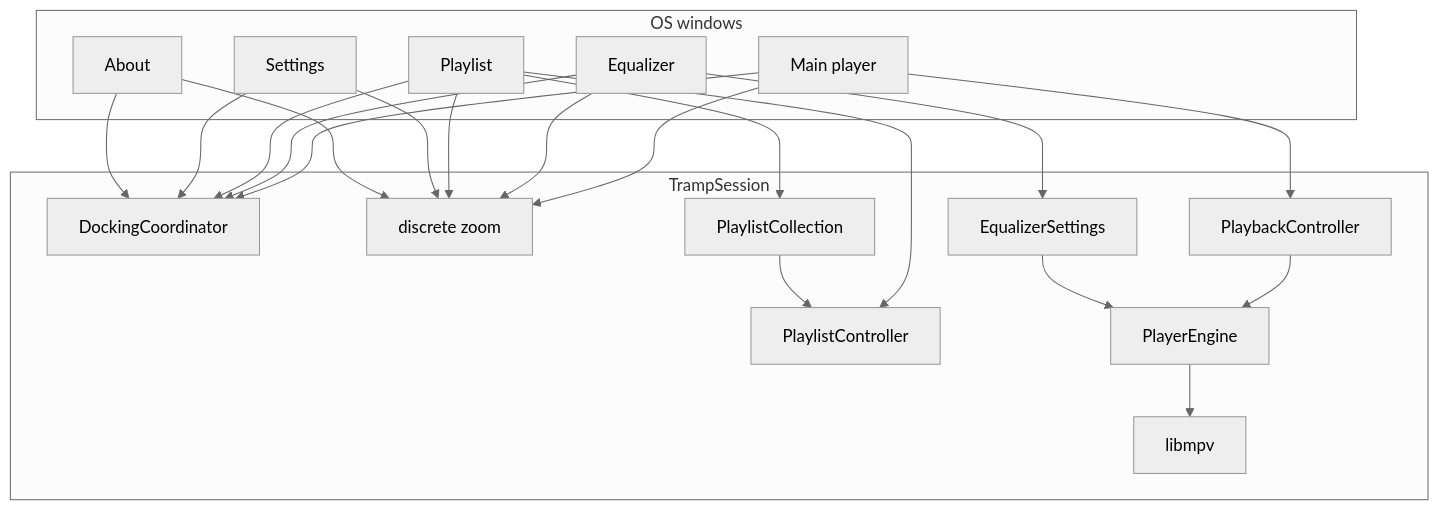
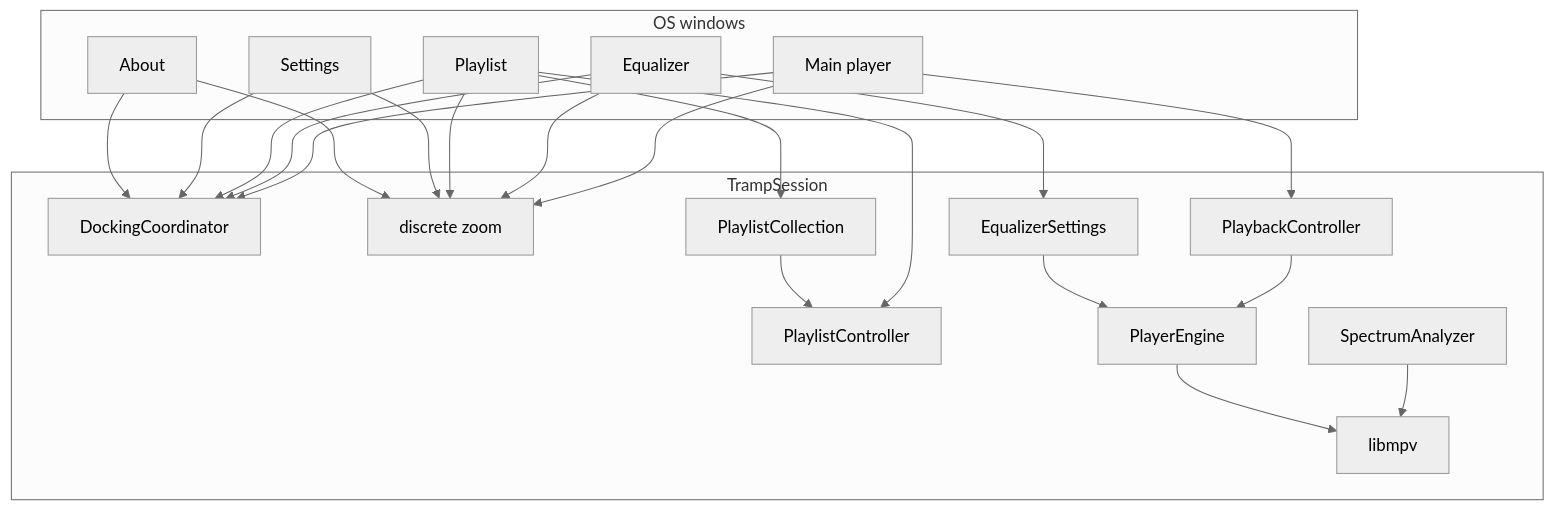
The second of 2 diagrams in docs/architecture.md (eliranbenishai/aoide), drawn with Mermaid (neutral theme) before and after one commit. The commit also changed other lines of this file and 33 other files, not shown here.

````diff
--- a/docs/architecture.md
+++ b/docs/architecture.md
@@ -45,38 +45,40 @@
 ```mermaid
 flowchart TB
   subgraph windows [OS windows]
     Main[Main player]
     Eq[Equalizer]
     Pl[Playlist]
     Set[Settings]
     About[About]
   end
   subgraph session [TrampSession]
     Dock[DockingCoordinator]
     Zoom[discrete zoom]
     Play[PlaybackController]
     List[PlaylistController]
     Coll[PlaylistCollection]
     EqCtl[EqualizerSettings]
+    Spec[SpectrumAnalyzer]
     Eng[PlayerEngine]
     Mpv[libmpv]
   end
   Main --> Dock
   Eq --> Dock
   Pl --> Dock
   Set --> Dock
   About --> Dock
   Main --> Zoom
   Eq --> Zoom
   Pl --> Zoom
   Set --> Zoom
   About --> Zoom
   Main --> Play
   Pl --> List
   Pl --> Coll
   Coll --> List
   Eq --> EqCtl
   Play --> Eng
   EqCtl --> Eng
+  Spec --> Mpv
   Eng --> Mpv
 ```
````
